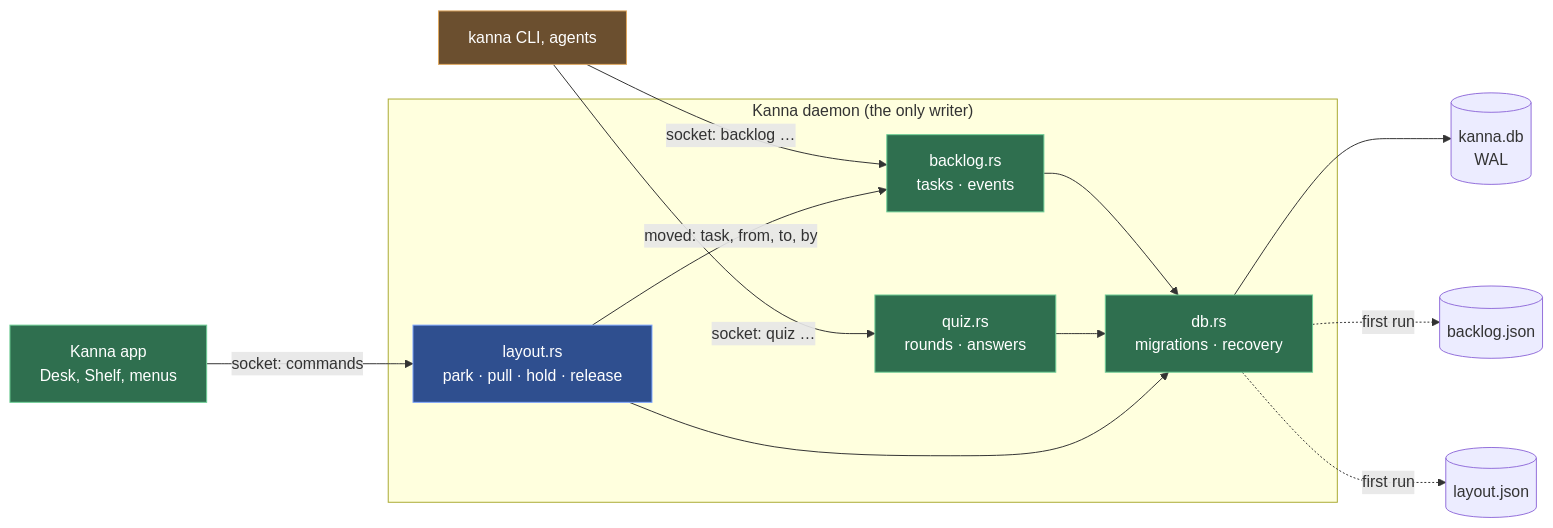
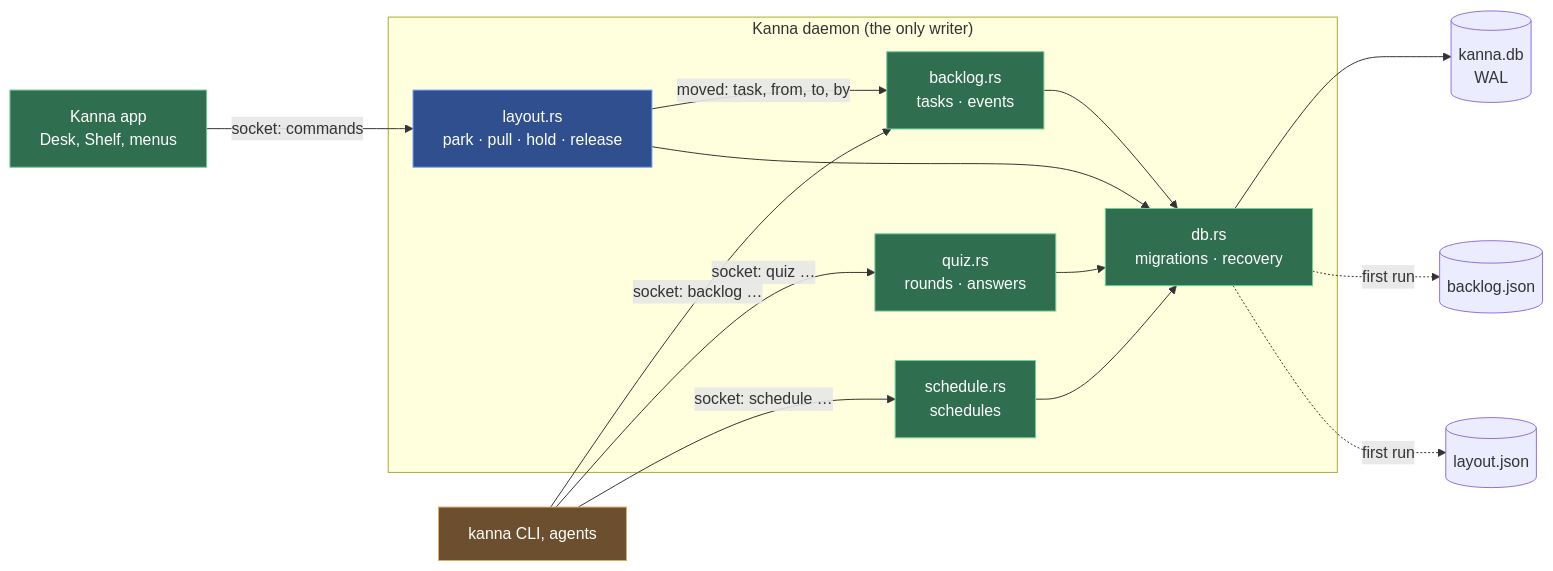
Before and after one commit to tampopogk/kanna: the first of 2 diagrams in docs/specs/database.md, drawn with Mermaid. The commit also changed other lines of this file and 21 other files, not shown here.

````diff
--- a/docs/specs/database.md
+++ b/docs/specs/database.md
@@ -7,21 +7,23 @@
 ```mermaid
 flowchart LR
     CLI["kanna CLI, agents"] -->|"socket: backlog …"| D
     CLI -->|"socket: quiz …"| Q
     APP["Kanna app<br/>Desk, Shelf, menus"] -->|"socket: commands"| OWN
+    CLI -->|"socket: schedule …"| S
     subgraph DP["Kanna daemon (the only writer)"]
         D["backlog.rs<br/>tasks · events"] --> DB["db.rs<br/>migrations · recovery"]
         Q["quiz.rs<br/>rounds · answers"] --> DB
         OWN["layout.rs<br/>park · pull · hold · release"] -->|"moved: task, from, to, by"| D
         OWN --> DB
+        S["schedule.rs<br/>schedules"] --> DB
     end
     DB --> F[("kanna.db<br/>WAL")]
     DB -. "first run" .-> J[("backlog.json")]
     DB -. "first run" .-> L[("layout.json")]
     classDef kanna fill:#2f6f4f,stroke:#6fcf97,color:#ffffff
     classDef kmux fill:#2f4f8f,stroke:#7fa7ff,color:#ffffff
     classDef ext fill:#6b4f2f,stroke:#e0a960,color:#ffffff
-    class APP,D,Q,DB kanna
+    class APP,D,Q,S,DB kanna
     class OWN kmux
     class CLI ext
 ```
````
